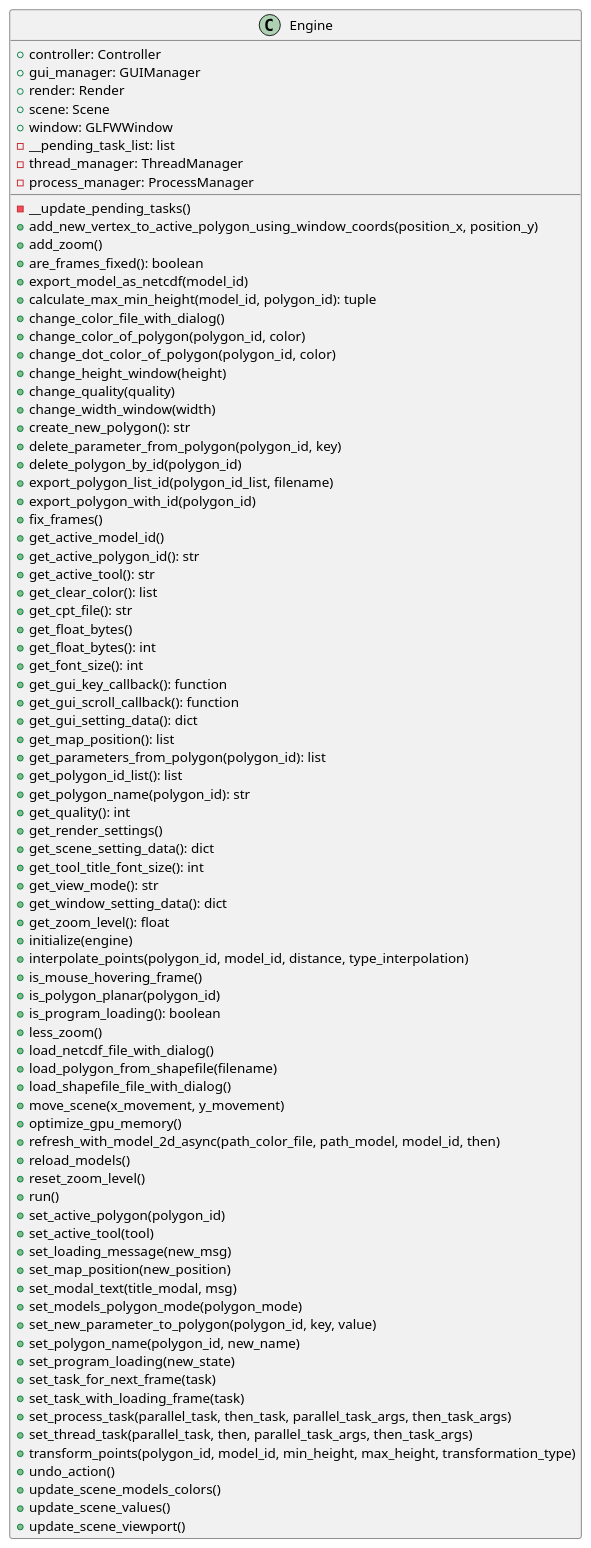
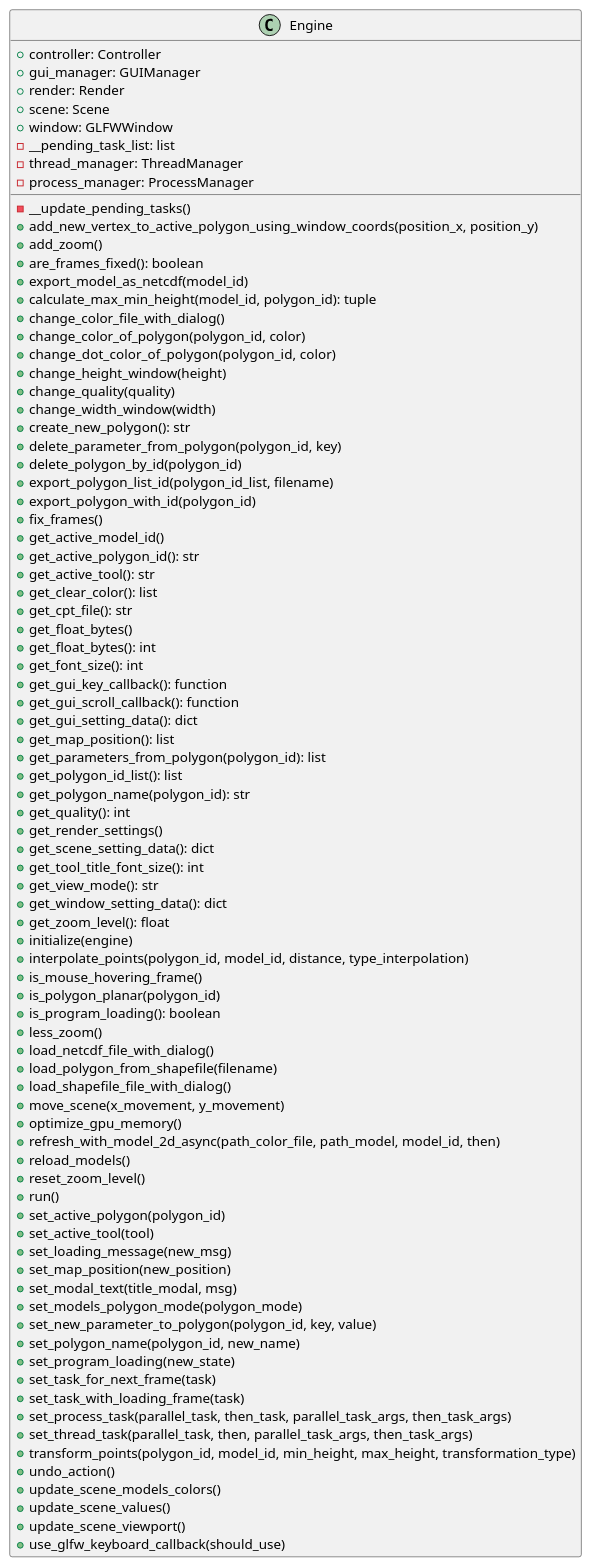
The diagram in docs/classes/Engine.puml (ferpoble2/Relief_Creator), drawn with PlantUML before and after one commit. The commit also changed 1 other file, not shown here.

Commit message:
Added method use_glfw_keyboard_callback to engine

```diff
--- a/docs/classes/Engine.puml
+++ b/docs/classes/Engine.puml
@@ -1,87 +1,88 @@
 @startuml
 class Engine {
     + controller: Controller
     + gui_manager: GUIManager
     + render: Render
     + scene: Scene
     + window: GLFWWindow
     - __pending_task_list: list
     - thread_manager: ThreadManager
     - process_manager: ProcessManager
 
     - __update_pending_tasks()
     + add_new_vertex_to_active_polygon_using_window_coords(position_x, position_y)
     + add_zoom()
     + are_frames_fixed(): boolean
     + export_model_as_netcdf(model_id)
     + calculate_max_min_height(model_id, polygon_id): tuple
     + change_color_file_with_dialog()
     + change_color_of_polygon(polygon_id, color)
     + change_dot_color_of_polygon(polygon_id,  color)
     + change_height_window(height)
     + change_quality(quality)
     + change_width_window(width)
     + create_new_polygon(): str
     + delete_parameter_from_polygon(polygon_id, key)
     + delete_polygon_by_id(polygon_id)
     + export_polygon_list_id(polygon_id_list, filename)
     + export_polygon_with_id(polygon_id)
     + fix_frames()
     + get_active_model_id()
     + get_active_polygon_id(): str
     + get_active_tool(): str
     + get_clear_color(): list
     + get_cpt_file(): str
     + get_float_bytes()
     + get_float_bytes(): int
     + get_font_size(): int
     + get_gui_key_callback(): function
     + get_gui_scroll_callback(): function
     + get_gui_setting_data(): dict
     + get_map_position(): list
     + get_parameters_from_polygon(polygon_id): list
     + get_polygon_id_list(): list
     + get_polygon_name(polygon_id): str
     + get_quality(): int
     + get_render_settings()
     + get_scene_setting_data(): dict
     + get_tool_title_font_size(): int
     + get_view_mode(): str
     + get_window_setting_data(): dict
     + get_zoom_level(): float
     + initialize(engine)
     + interpolate_points(polygon_id, model_id, distance, type_interpolation)
     + is_mouse_hovering_frame()
     + is_polygon_planar(polygon_id)
     + is_program_loading(): boolean
     + less_zoom()
     + load_netcdf_file_with_dialog()
     + load_polygon_from_shapefile(filename)
     + load_shapefile_file_with_dialog()
     + move_scene(x_movement, y_movement)
     + optimize_gpu_memory()
     + refresh_with_model_2d_async(path_color_file, path_model, model_id, then)
     + reload_models()
     + reset_zoom_level()
     + run()
     + set_active_polygon(polygon_id)
     + set_active_tool(tool)
     + set_loading_message(new_msg)
     + set_map_position(new_position)
     + set_modal_text(title_modal, msg)
     + set_models_polygon_mode(polygon_mode)
     + set_new_parameter_to_polygon(polygon_id, key, value)
     + set_polygon_name(polygon_id, new_name)
     + set_program_loading(new_state)
     + set_task_for_next_frame(task)
     + set_task_with_loading_frame(task)
     + set_process_task(parallel_task, then_task, parallel_task_args, then_task_args)
     + set_thread_task(parallel_task, then, parallel_task_args, then_task_args)
     + transform_points(polygon_id, model_id, min_height, max_height, transformation_type)
     + undo_action()
     + update_scene_models_colors()
     + update_scene_values()
     + update_scene_viewport()
+    + use_glfw_keyboard_callback(should_use)
 }
 
 @enduml
```
